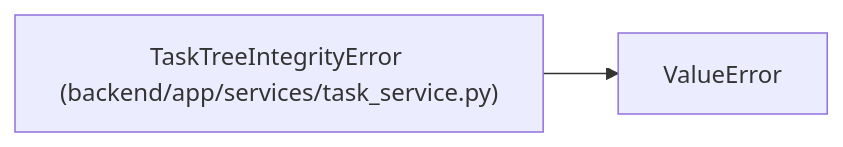
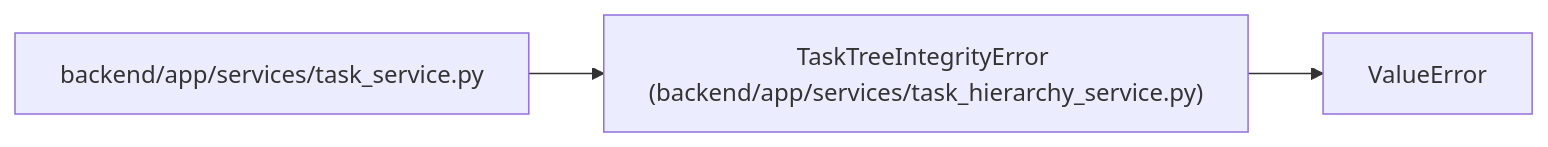
One commit to Denissvgn/WorkChord changed the diagram in docs/llm_wiki/entities/TaskTreeIntegrityError.md. Above: the diagram before and after it, drawn with Mermaid. The commit also changed other lines of this file and 2509 other files, not shown here.

````diff
--- a/docs/llm_wiki/entities/TaskTreeIntegrityError.md
+++ b/docs/llm_wiki/entities/TaskTreeIntegrityError.md
@@ -23,7 +23,10 @@
 ```mermaid
 flowchart LR
-    n0["TaskTreeIntegrityError (backend/app/services/task_service.py)"]
+    n0["TaskTreeIntegrityError (backend/app/services/task_hierarchy_service.py)"]
     n1["ValueError"]
+    n2["backend/app/services/task_service.py"]
     n0 --> n1
-    click n0 "../modules/task_service.md"
+    n2 --> n0
+    click n0 "../modules/task_hierarchy_service.md"
+    click n2 "../modules/task_service.md"
 ```
````
